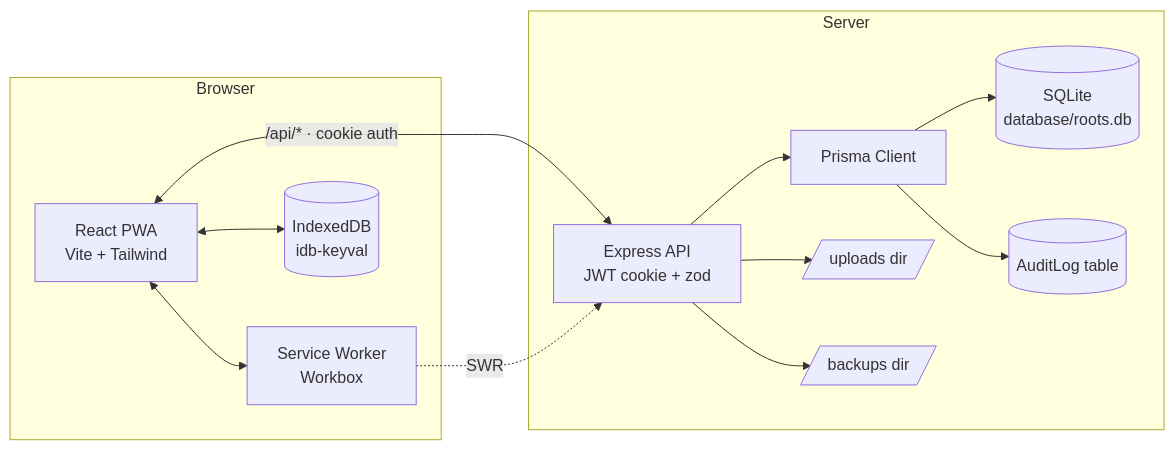
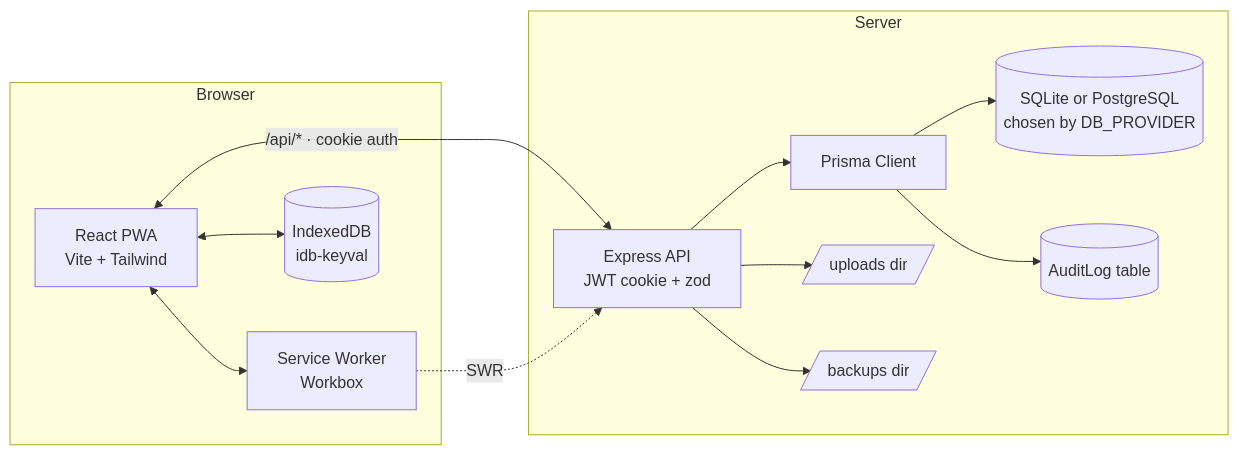
The diagram in README.md (mrsinguyen/roots-of-vietnam), drawn with Mermaid before and after one commit. The commit also changed other lines of this file and 35 other files, not shown here.

````diff
--- a/README.md
+++ b/README.md
@@ -114,26 +120,26 @@
 ```mermaid
 flowchart LR
   subgraph Browser
     UI[React PWA<br/>Vite + Tailwind]
     SW[Service Worker<br/>Workbox]
     IDB[(IndexedDB<br/>idb-keyval)]
     UI <--> SW
     UI <--> IDB
   end
 
   subgraph Server
     EXP[Express API<br/>JWT cookie + zod]
     PRISMA[Prisma Client]
-    SQL[(SQLite<br/>database/roots.db)]
+    SQL[("SQLite or PostgreSQL<br/>chosen by DB_PROVIDER")]
     UP[/uploads dir/]
     BK[/backups dir/]
     AUD[(AuditLog table)]
     EXP --> PRISMA --> SQL
     PRISMA --> AUD
     EXP --> UP
     EXP --> BK
   end
 
   UI <-- "/api/* · cookie auth" --> EXP
   SW -. SWR .-> EXP
 ```
````
